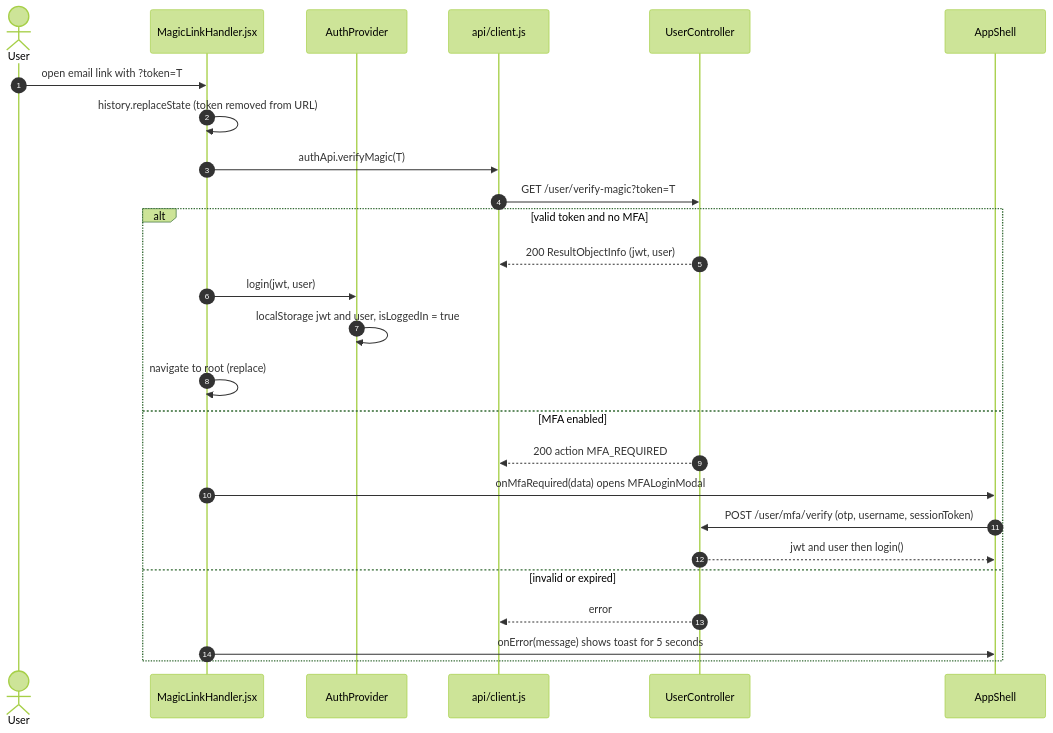
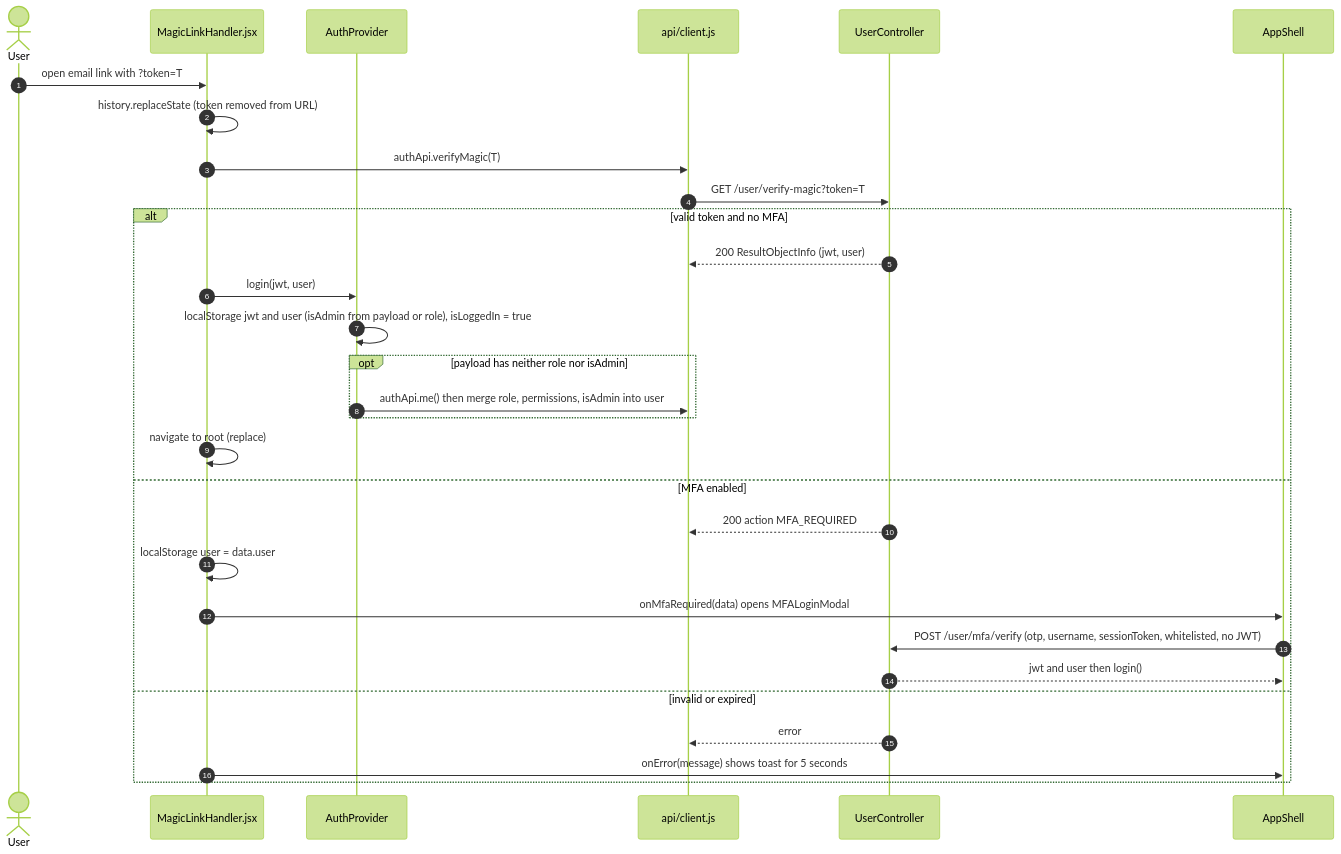
The second of 4 diagrams in docs/sequence/sequence-react-migration.md (nguyenhuuca/assessment), drawn with Mermaid (forest theme) before and after one commit. The commit also changed other lines of this file and 16 other files, not shown here.

First line of the commit message:
docs(sequence): bring all sequence diagrams in line with the current code

````diff
--- a/docs/sequence/sequence-react-migration.md
+++ b/docs/sequence/sequence-react-migration.md
@@ -72,29 +74,33 @@
 ```mermaid
 sequenceDiagram
     autonumber
     actor U as User
     participant H as MagicLinkHandler.jsx
     participant AP as AuthProvider
     participant C as api/client.js
     participant API as UserController
     participant SH as AppShell
 
     U->>H: open email link with ?token=T
     H->>H: history.replaceState (token removed from URL)
     H->>C: authApi.verifyMagic(T)
     C->>API: GET /user/verify-magic?token=T
     alt valid token and no MFA
         API-->>C: 200 ResultObjectInfo (jwt, user)
         H->>AP: login(jwt, user)
-        AP->>AP: localStorage jwt and user, isLoggedIn = true
+        AP->>AP: localStorage jwt and user (isAdmin from payload or role), isLoggedIn = true
+        opt payload has neither role nor isAdmin
+            AP->>C: authApi.me() then merge role, permissions, isAdmin into user
+        end
         H->>H: navigate to root (replace)
     else MFA enabled
         API-->>C: 200 action MFA_REQUIRED
+        H->>H: localStorage user = data.user
         H->>SH: onMfaRequired(data) opens MFALoginModal
-        SH->>API: POST /user/mfa/verify (otp, username, sessionToken)
+        SH->>API: POST /user/mfa/verify (otp, username, sessionToken, whitelisted, no JWT)
         API-->>SH: jwt and user then login()
     else invalid or expired
         API-->>C: error
         H->>SH: onError(message) shows toast for 5 seconds
     end
 ```
````
